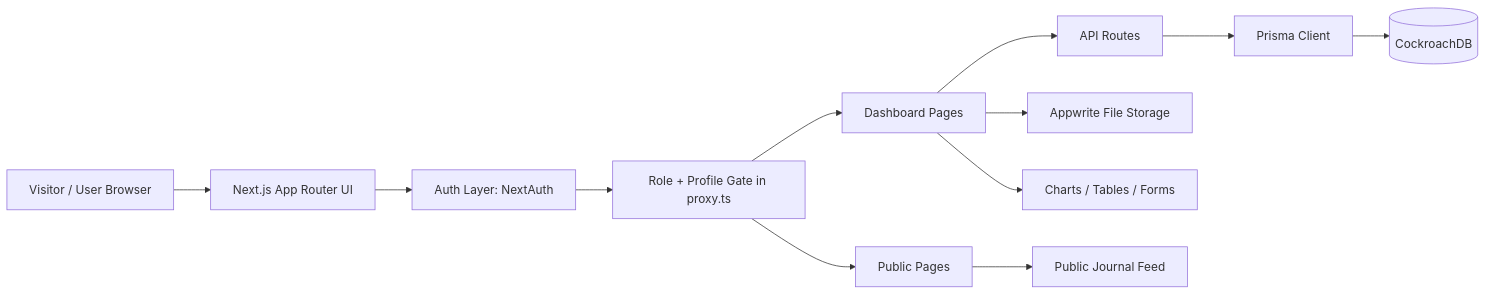
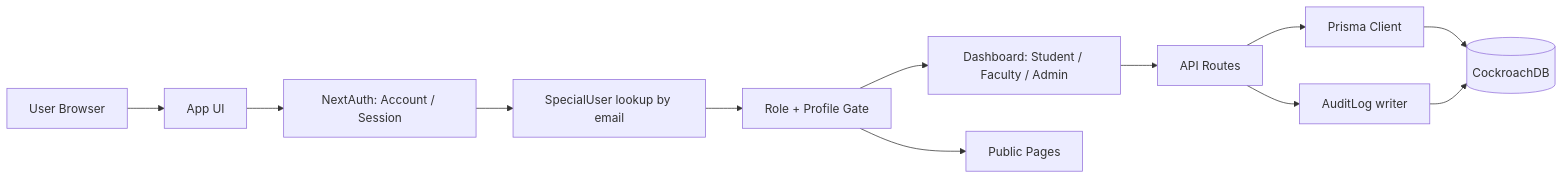
One commit to SumanMishra2004/sumanIedc changed the fourth of 8 diagrams in PROJECT_OVERVIEW.md. Above: the diagram before and after it, drawn with Mermaid. The commit also changed other lines of this file and 4 other files, not shown here.

Commit message:
new update schema addded

````diff
--- a/PROJECT_OVERVIEW.md
+++ b/PROJECT_OVERVIEW.md
@@ -33,14 +138,14 @@
 ```mermaid
 flowchart LR
-  A[Visitor / User Browser] --> B[Next.js App Router UI]
-  B --> C[Auth Layer: NextAuth]
-  C --> D[Role + Profile Gate in proxy.ts]
-  D --> E[Dashboard Pages]
-  D --> F[Public Pages]
-  E --> G[API Routes]
-  G --> H[Prisma Client]
-  H --> I[(CockroachDB)]
-  E --> J[Appwrite File Storage]
-  E --> K[Charts / Tables / Forms]
-  F --> L[Public Journal Feed]
+  U[User Browser] --> UI[App UI]
+  UI --> AUTH[NextAuth: Account / Session]
+  AUTH --> ROLE[SpecialUser lookup by email]
+  ROLE --> GATE[Role + Profile Gate]
+  GATE --> DASH[Dashboard: Student / Faculty / Admin]
+  GATE --> PUBLIC[Public Pages]
+  DASH --> API[API Routes]
+  API --> PRISMA[Prisma Client]
+  PRISMA --> DB[(CockroachDB)]
+  API --> AUDIT[AuditLog writer]
+  AUDIT --> DB
 ```
````
